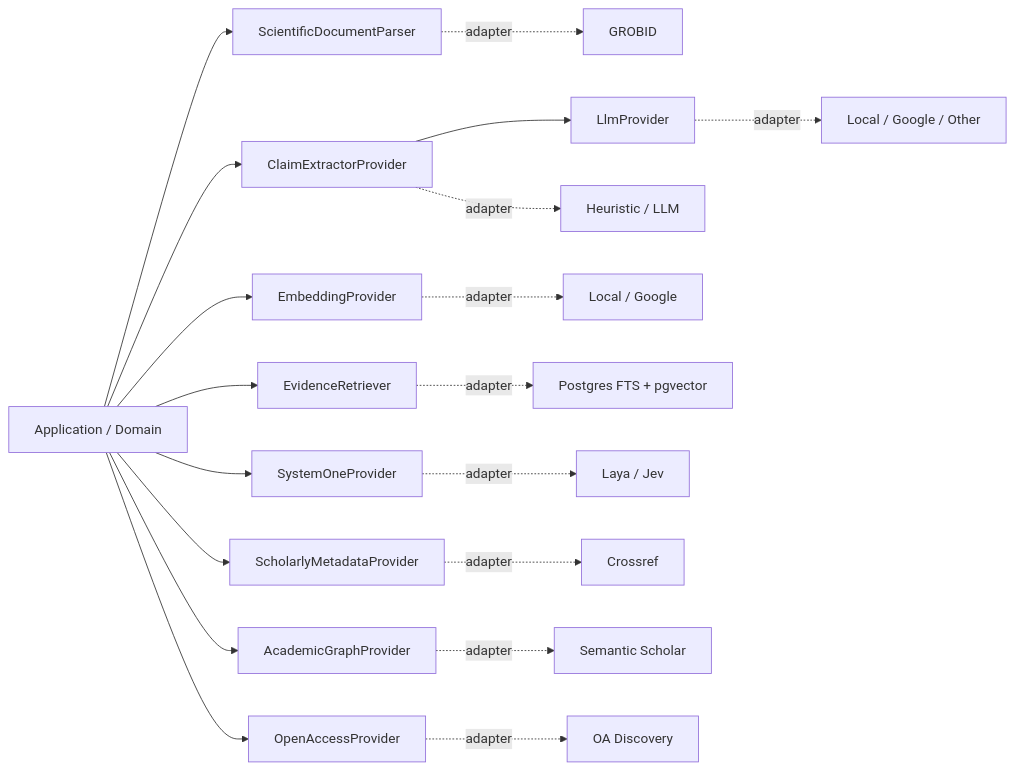
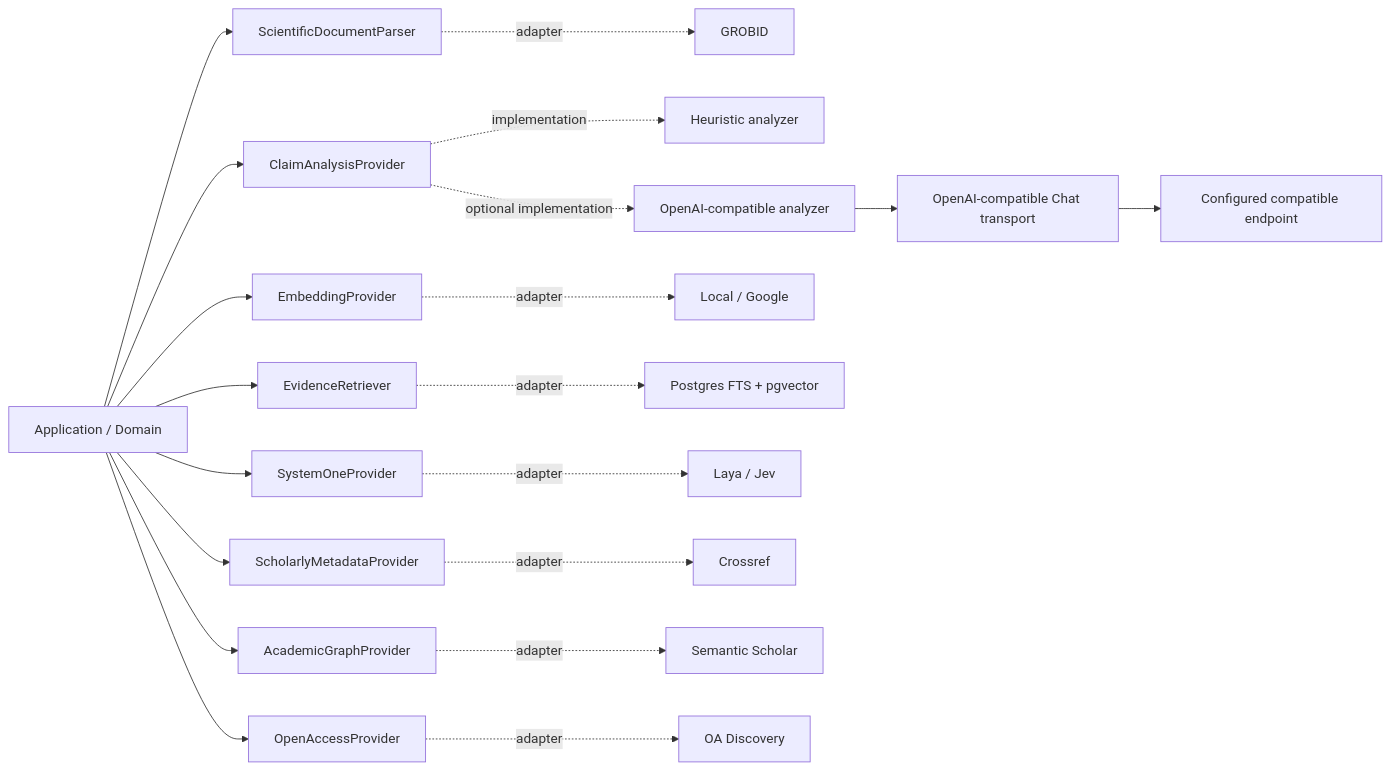
The eighth of 8 diagrams in docs/paper-t-rail-tech-design.md (arrokh/paper-t-rail), drawn with Mermaid before and after one commit. The commit also changed other lines of this file and 47 other files, not shown here.

First line of the commit message:
[api-web] feat: Add optional Pipeline 01 claim analysis

````diff
--- a/docs/paper-t-rail-tech-design.md
+++ b/docs/paper-t-rail-tech-design.md
@@ -3971,34 +3929,35 @@
 ```mermaid
 flowchart LR
     DOMAIN["Application / Domain"]
 
     PARSER["ScientificDocumentParser"]
-    CLAIM["ClaimExtractorProvider"]
-    LLM["LlmProvider"]
+    CLAIM["ClaimAnalysisProvider"]
+    CHAT["OpenAI-compatible Chat transport"]
     EMB["EmbeddingProvider"]
     RET["EvidenceRetriever"]
     SYS1["SystemOneProvider"]
     META["ScholarlyMetadataProvider"]
     GRAPH["AcademicGraphProvider"]
     OA["OpenAccessProvider"]
 
     DOMAIN --> PARSER
     DOMAIN --> CLAIM
-    CLAIM --> LLM
     DOMAIN --> EMB
     DOMAIN --> RET
     DOMAIN --> SYS1
     DOMAIN --> META
     DOMAIN --> GRAPH
     DOMAIN --> OA
 
     PARSER -. adapter .-> G["GROBID"]
-    CLAIM -. adapter .-> H["Heuristic / LLM"]
-    LLM -. adapter .-> L["Local / Google / Other"]
+    CLAIM -. implementation .-> H["Heuristic analyzer"]
+    CLAIM -. optional implementation .-> OAI["OpenAI-compatible analyzer"]
+    OAI --> CHAT
+    CHAT --> L["Configured compatible endpoint"]
     EMB -. adapter .-> E["Local / Google"]
     RET -. adapter .-> P["Postgres FTS + pgvector"]
     SYS1 -. adapter .-> S["Laya / Jev"]
     META -. adapter .-> C["Crossref"]
     GRAPH -. adapter .-> SS["Semantic Scholar"]
     OA -. adapter .-> O["OA Discovery"]
 ```
````
